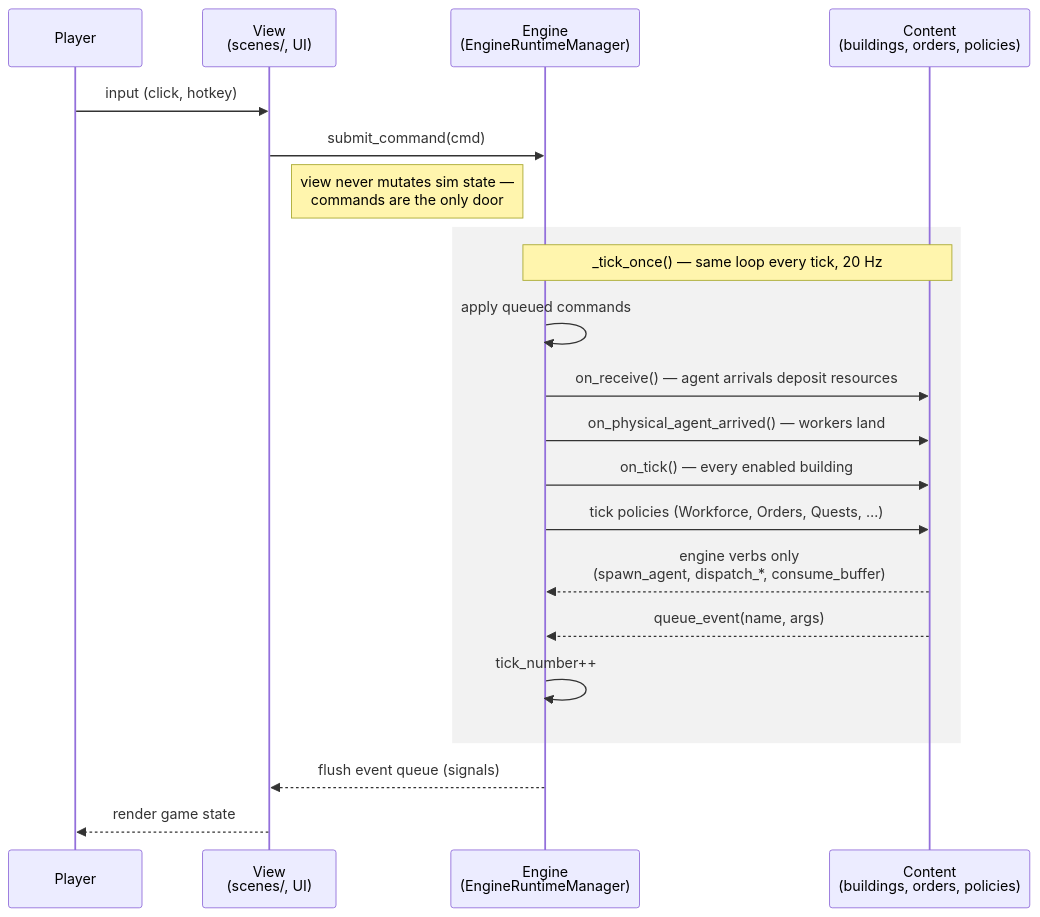
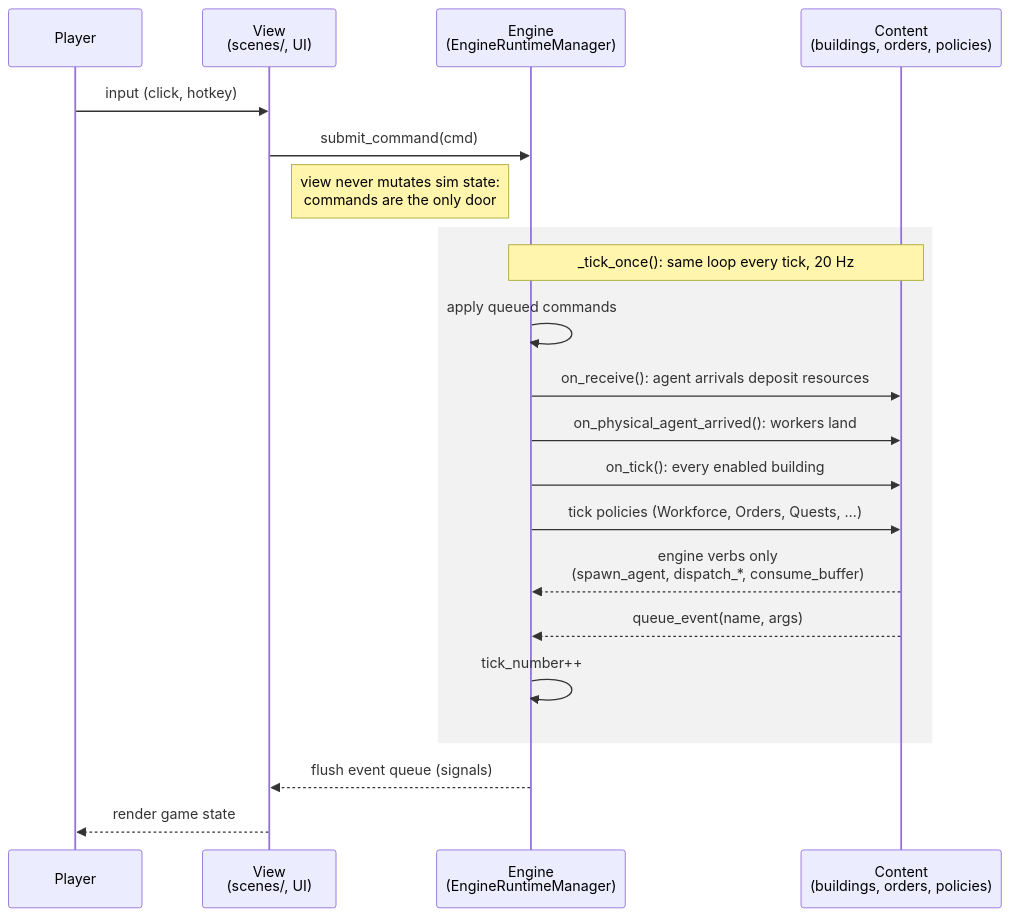
The first of 2 diagrams in blog/posts/2026-07-06-making-simulation-game-part-2-architecture.md (poga/scarlet.engineering), drawn with Mermaid before and after one commit. The commit also changed other lines of this file and 3 other files, not shown here.

````diff
--- a/blog/posts/2026-07-06-making-simulation-game-part-2-architecture.md
+++ b/blog/posts/2026-07-06-making-simulation-game-part-2-architecture.md
@@ -37,26 +37,26 @@
 ```mermaid
 sequenceDiagram
     participant Player
     participant View as View<br/>(scenes/, UI)
     participant Engine as Engine<br/>(EngineRuntimeManager)
     participant Content as Content<br/>(buildings, orders, policies)
 
     Player->>View: input (click, hotkey)
     View->>Engine: submit_command(cmd)
-    Note right of View: view never mutates sim state —<br/>commands are the only door
+    Note right of View: view never mutates sim state:<br/>commands are the only door
 
     rect rgb(128, 128, 128, 0.1)
-        Note over Engine,Content: _tick_once() — same loop every tick, 20 Hz
+        Note over Engine,Content: _tick_once(): same loop every tick, 20 Hz
         Engine->>Engine: apply queued commands
-        Engine->>Content: on_receive() — agent arrivals deposit resources
-        Engine->>Content: on_physical_agent_arrived() — workers land
-        Engine->>Content: on_tick() — every enabled building
+        Engine->>Content: on_receive(): agent arrivals deposit resources
+        Engine->>Content: on_physical_agent_arrived(): workers land
+        Engine->>Content: on_tick(): every enabled building
         Engine->>Content: tick policies (Workforce, Orders, Quests, …)
         Content-->>Engine: engine verbs only<br/>(spawn_agent, dispatch_*, consume_buffer)
         Content-->>Engine: queue_event(name, args)
         Engine->>Engine: tick_number++
     end
 
     Engine-->>View: flush event queue (signals)
     View-->>Player: render game state
 ```
````
